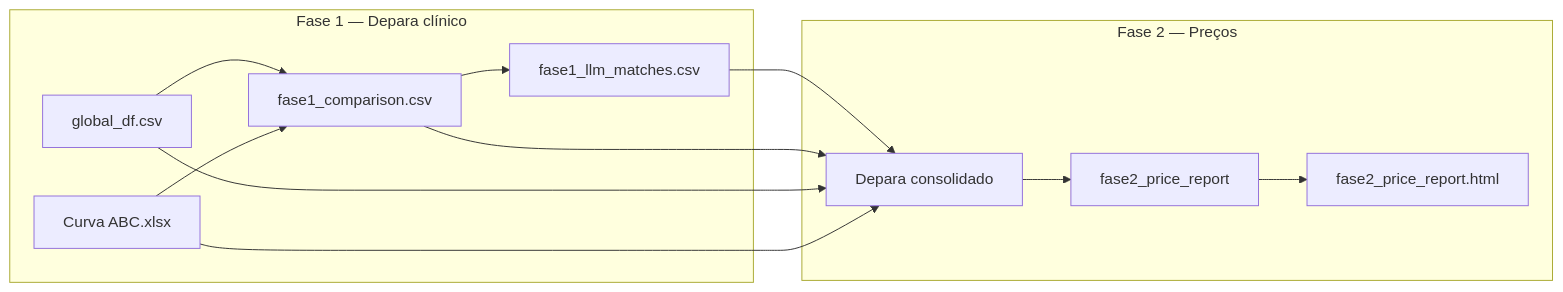
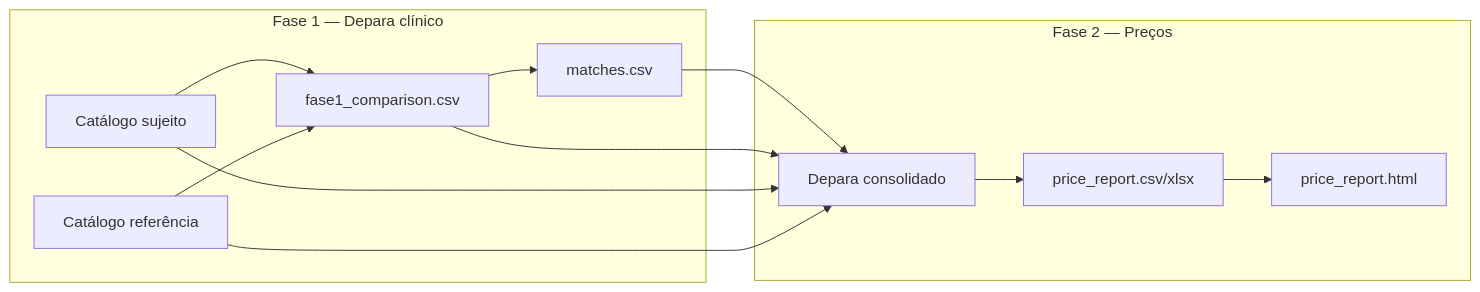
One commit to Etore-BeS/global-analytics changed the diagram in README.md. Above: the diagram before and after it, drawn with Mermaid. The commit also changed other lines of this file, not shown here.

````diff
--- a/README.md
+++ b/README.md
@@ -43,24 +82,24 @@
 ```mermaid
 flowchart LR
   subgraph fase1 [Fase 1 — Depara clínico]
-    G[global_df.csv]
-    U[Curva ABC.xlsx]
+    A[Catálogo sujeito]
+    B[Catálogo referência]
     F1[fase1_comparison.csv]
-    LLM[fase1_llm_matches.csv]
-    G --> F1
-    U --> F1
+    LLM[matches.csv]
+    A --> F1
+    B --> F1
     F1 --> LLM
   end
 
   subgraph fase2 [Fase 2 — Preços]
     DEP[Depara consolidado]
-    RPT[fase2_price_report]
-    HTML[fase2_price_report.html]
+    RPT[price_report.csv/xlsx]
+    HTML[price_report.html]
     LLM --> DEP
     F1 --> DEP
-    G --> DEP
-    U --> DEP
+    A --> DEP
+    B --> DEP
     DEP --> RPT
     RPT --> HTML
   end
 ```
````
